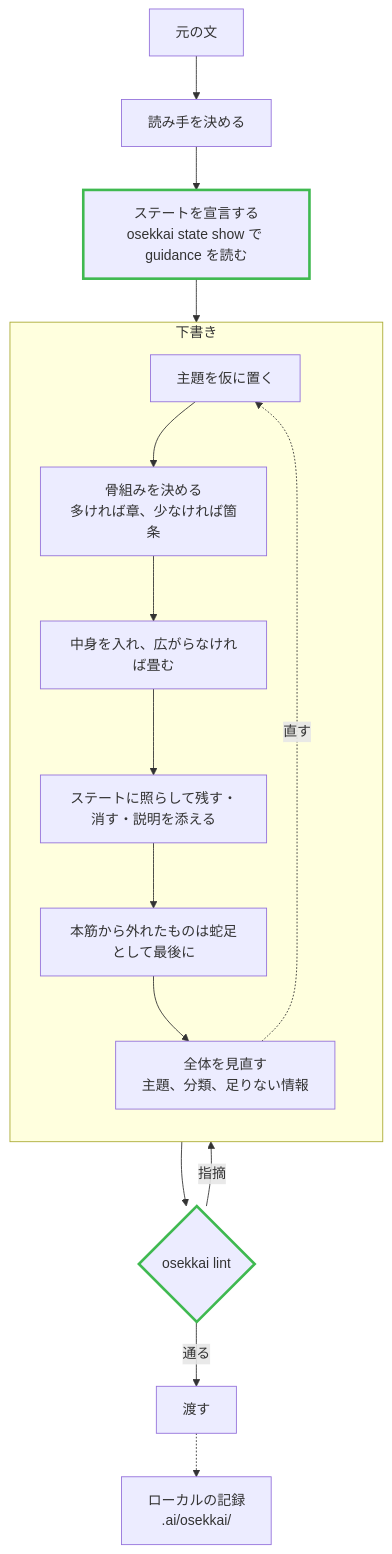
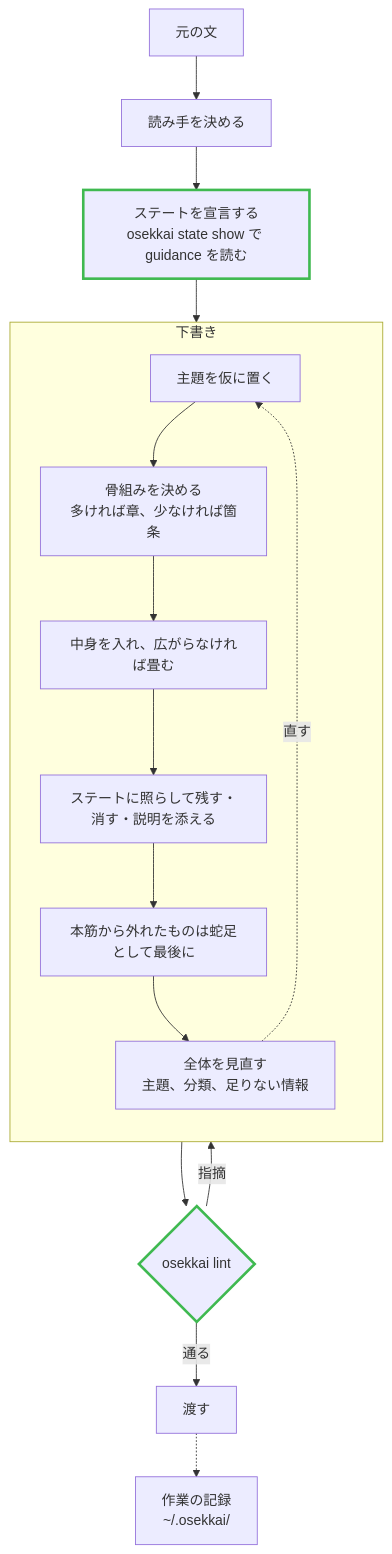
One commit to Xantibody/osekkai changed the diagram in README.md. Above: the diagram before and after it, drawn with Mermaid. The commit also changed other lines of this file and 2 other files, not shown here.

First line of the commit message:
docs: 記録を ~/.osekkai/ に置き、失敗も含めた作業の経過を書く

````diff
--- a/README.md
+++ b/README.md
@@ -16,22 +16,22 @@
 ```mermaid
 flowchart TD
   src["元の文"] --> reader["読み手を決める"]
   reader --> declare["ステートを宣言する<br/>osekkai state show で guidance を読む"]
   declare --> draft
   subgraph draft ["下書き"]
     direction TB
     title["主題を仮に置く"] --> frame["骨組みを決める<br/>多ければ章、少なければ箇条"]
     frame --> fill["中身を入れ、広がらなければ畳む"]
     fill --> state["ステートに照らして残す・消す・説明を添える"]
     state --> aside["本筋から外れたものは蛇足として最後に"]
     aside --> review["全体を見直す<br/>主題、分類、足りない情報"]
     review -. 直す .-> title
   end
   draft --> lint{"osekkai lint"}
   lint -- 指摘 --> draft
   lint -- 通る --> hand["渡す"]
-  hand -.-> local["ローカルの記録<br/>.ai/osekkai/"]
+  hand -.-> local["作業の記録<br/>~/.osekkai/"]
 
   classDef bin stroke:#3fb950,stroke-width:3px
   class declare,lint bin
 ```
````
